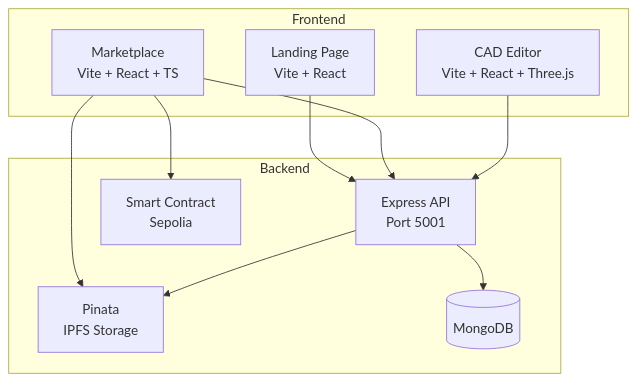
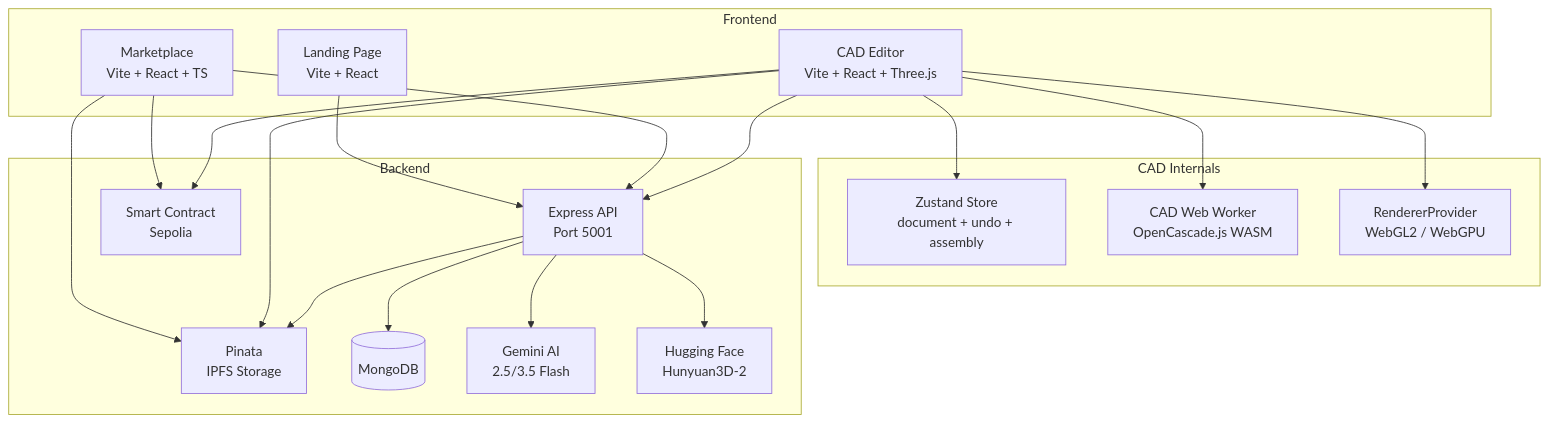
The diagram in README.md (Dealer-09/Chain-Torque), drawn with Mermaid before and after one commit. The commit also changed other lines of this file and 71 other files, not shown here.

````diff
--- a/README.md
+++ b/README.md
@@ -147,23 +214,38 @@
 ```mermaid
 graph TD
     subgraph Frontend
         LP[Landing Page<br/>Vite + React]
         MP[Marketplace<br/>Vite + React + TS]
         CAD[CAD Editor<br/>Vite + React + Three.js]
     end
     
+    subgraph CAD_Internals["CAD Internals"]
+        STORE[Zustand Store<br/>document + undo + assembly]
+        WORKER[CAD Web Worker<br/>OpenCascade.js WASM]
+        RENDERER[RendererProvider<br/>WebGL2 / WebGPU]
+    end
+
     subgraph Backend
         API[Express API<br/>Port 5001]
         SC[Smart Contract<br/>Sepolia]
         IPFS[Pinata<br/>IPFS Storage]
         DB[(MongoDB)]
+        GEMINI[Gemini AI<br/>2.5/3.5 Flash]
+        HF[Hugging Face<br/>Hunyuan3D-2]
     end
     
     LP --> API
     MP --> API
     MP --> SC
     MP --> IPFS
     CAD --> API
+    CAD --> SC
+    CAD --> IPFS
+    CAD --> STORE
+    CAD --> WORKER
+    CAD --> RENDERER
     API --> DB
     API --> IPFS
+    API --> GEMINI
+    API --> HF
 ```
````
